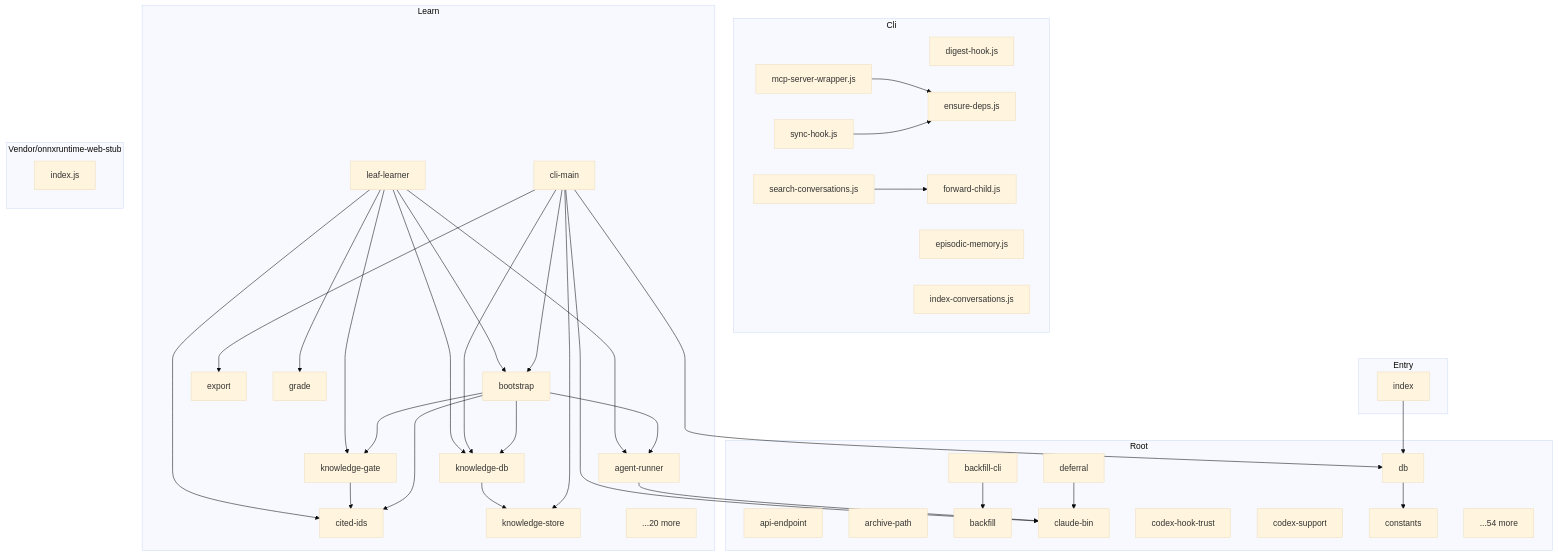
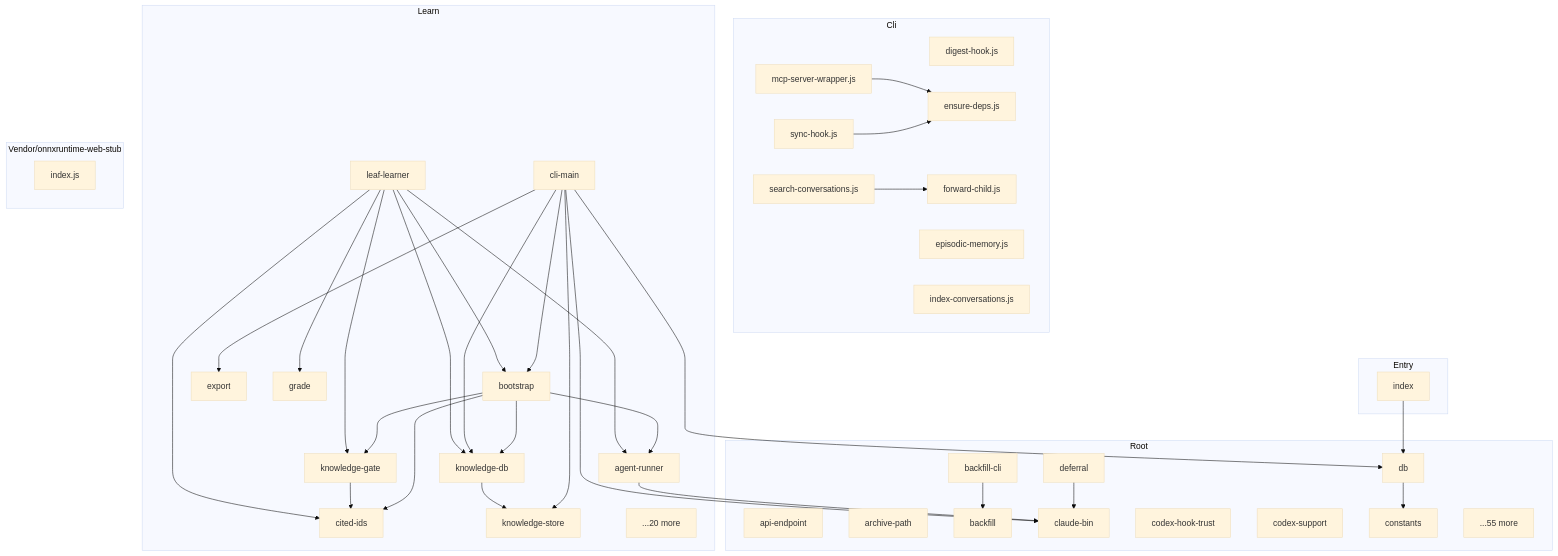
Before and after one commit to danielsimonjr/episodic-memory: the diagram in docs/architecture/DEPENDENCY_GRAPH.md, drawn with Mermaid (base theme). The commit also changed other lines of this file and 28 other files, not shown here.

````diff
--- a/docs/architecture/DEPENDENCY_GRAPH.md
+++ b/docs/architecture/DEPENDENCY_GRAPH.md
@@ -2092,76 +2107,76 @@
 ```mermaid
 graph TD
     subgraph Cli
         N0[digest-hook.js]
         N1[ensure-deps.js]
         N2[episodic-memory.js]
         N3[forward-child.js]
         N4[index-conversations.js]
         N5[mcp-server-wrapper.js]
         N6[search-conversations.js]
         N7[sync-hook.js]
     end
 
     subgraph Root
         N8[api-endpoint]
         N9[archive-path]
         N10[backfill-cli]
         N11[backfill]
         N12[claude-bin]
         N13[codex-hook-trust]
         N14[codex-support]
         N15[constants]
         N16[db]
         N17[deferral]
-        N18[...54 more]
+        N18[...55 more]
     end
 
     subgraph Entry
         N19[index]
     end
 
     subgraph Learn
         N20[agent-runner]
         N21[bootstrap]
         N22[cited-ids]
         N23[cli-main]
         N24[export]
         N25[grade]
         N26[knowledge-db]
         N27[knowledge-gate]
         N28[knowledge-store]
         N29[leaf-learner]
         N30[...20 more]
     end
 
     subgraph Vendor/onnxruntime-web-stub
         N31[index.js]
     end
 
     N5 --> N1
     N6 --> N3
     N7 --> N1
     N10 --> N11
     N16 --> N15
     N17 --> N12
     N19 --> N16
     N20 --> N12
     N21 --> N26
     N21 --> N27
     N21 --> N22
     N21 --> N20
     N23 --> N12
     N23 --> N26
     N23 --> N24
     N23 --> N28
     N23 --> N16
     N23 --> N21
     N26 --> N28
     N27 --> N22
     N29 --> N21
     N29 --> N27
     N29 --> N22
     N29 --> N26
     N29 --> N20
     N29 --> N25
 ```
````
